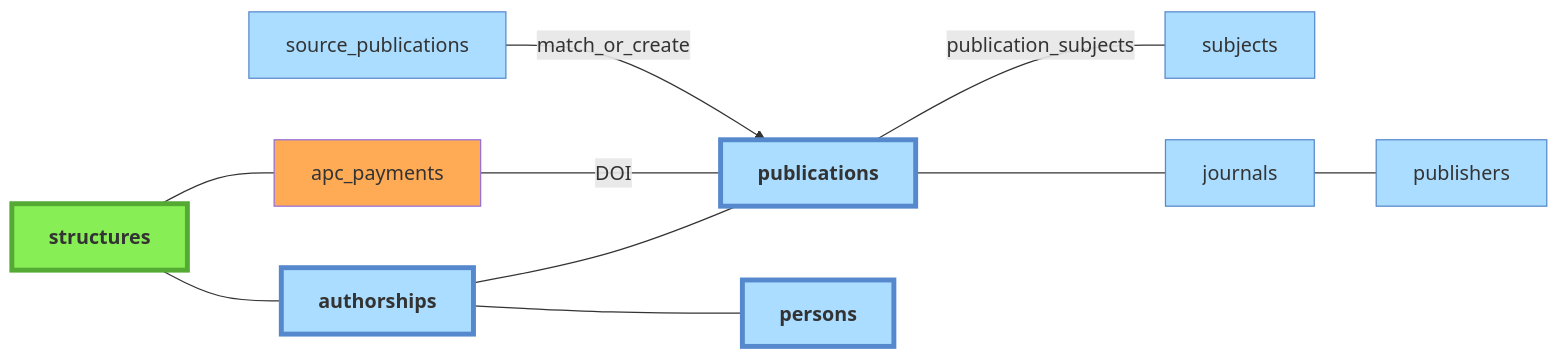
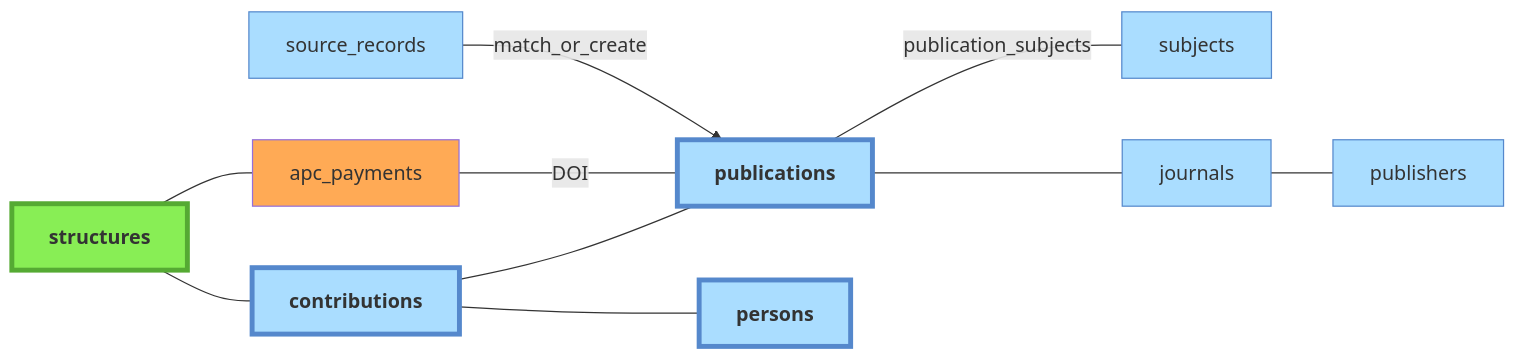
The diagram in docs/donnees/03-publications.md (Y33sha/bibliometrie-uca), drawn with Mermaid before and after one commit. The commit also changed other lines of this file and 560 other files, not shown here.

````diff
--- a/docs/donnees/03-publications.md
+++ b/docs/donnees/03-publications.md
@@ -7,22 +7,22 @@
 ```mermaid
 flowchart LR
-    structures --- authorships
-    authorships --- publications
-    authorships --- persons
+    structures --- contributions
+    contributions --- publications
+    contributions --- persons
     structures --- apc_payments
     apc_payments ---|DOI| publications
-    source_publications-->|match_or_create|publications
+    source_records-->|match_or_create|publications
     publications---|publication_subjects|subjects
     publications---journals
     journals---publishers
 
 
     classDef manuel  fill:#8e5,stroke:#5a3
     class structures manuel;
     classDef csv fill:#fa5
     class apc_payments csv
     classDef auto fill:#adf,stroke:#58c
-    class source_publications,publications,journals,publishers,authorships,persons,subjects auto
+    class source_records,publications,journals,publishers,contributions,persons,subjects auto
     classDef main stroke-width:4px,font-weight:bold
-    class structures,publications,persons,authorships main
+    class structures,publications,persons,contributions main
 ```
````
